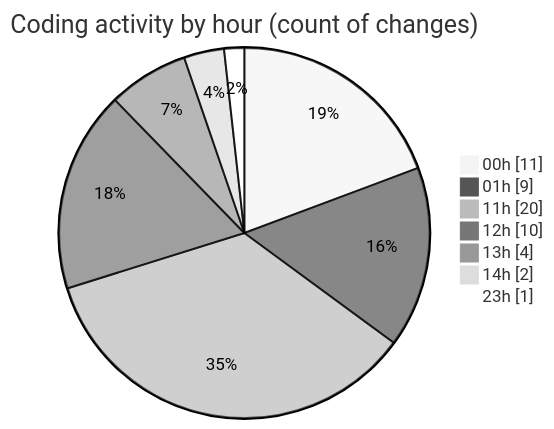
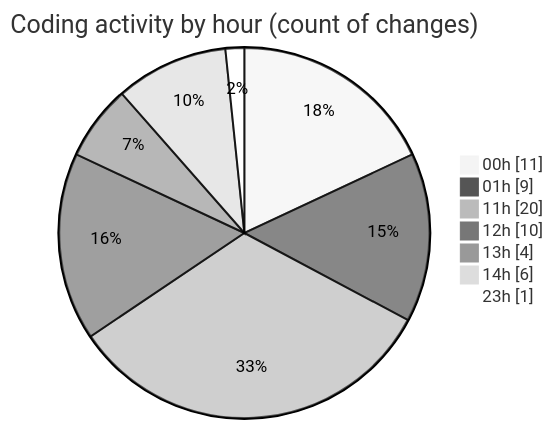
Before and after one commit to lephambinh05/code-tracking: the second of 2 diagrams in 2025-07-18/nhahang/README.md, drawn with Mermaid (neutral theme). The commit also changed other lines of this file and 1 other file, not shown here.

````diff
--- a/2025-07-18/nhahang/README.md
+++ b/2025-07-18/nhahang/README.md
@@ -47,11 +49,11 @@
 ```mermaid
 pie showData
 title Coding activity by hour (count of changes)
 "00h" : 11
 "01h" : 9
 "11h" : 20
 "12h" : 10
 "13h" : 4
-"14h" : 2
+"14h" : 6
 "23h" : 1
 ```
````
